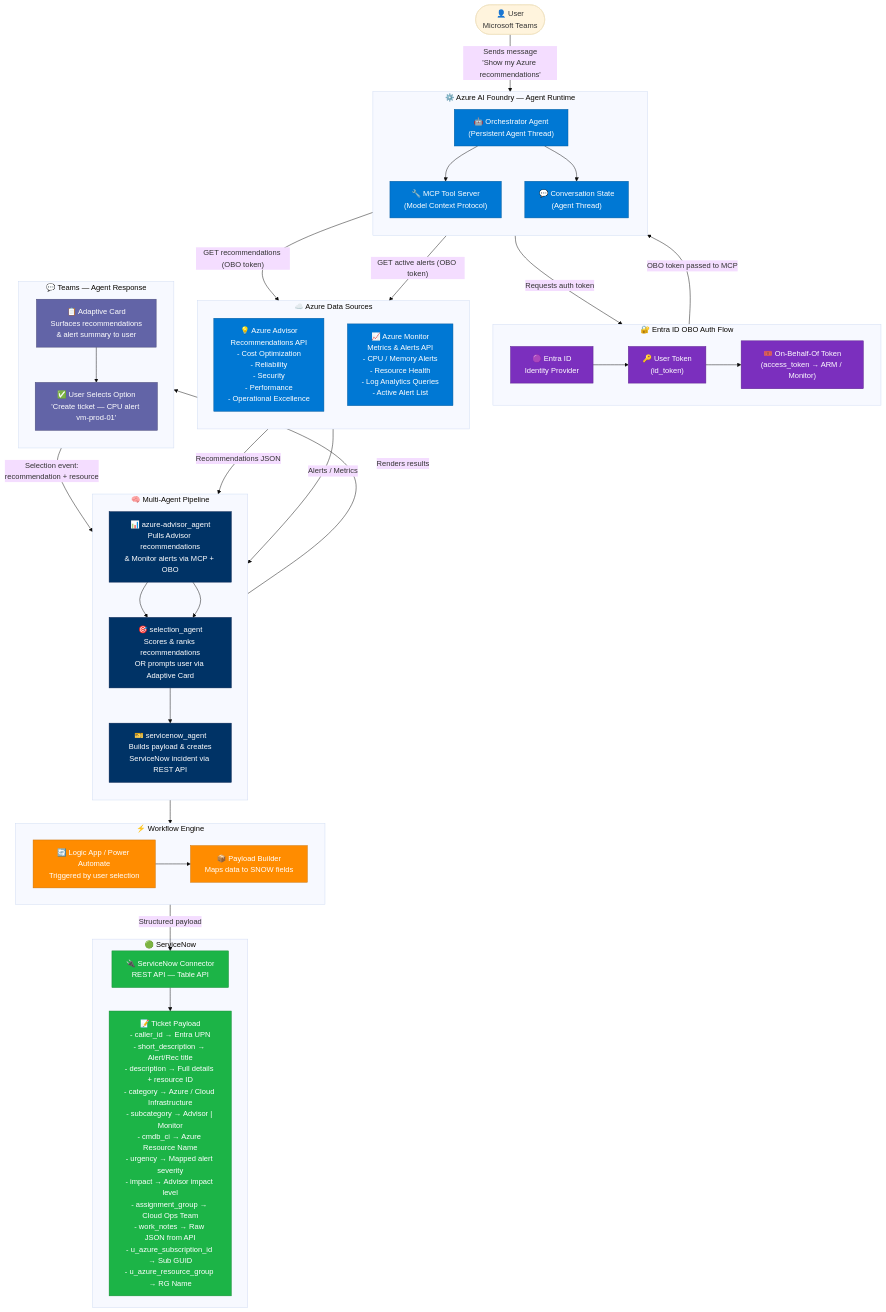
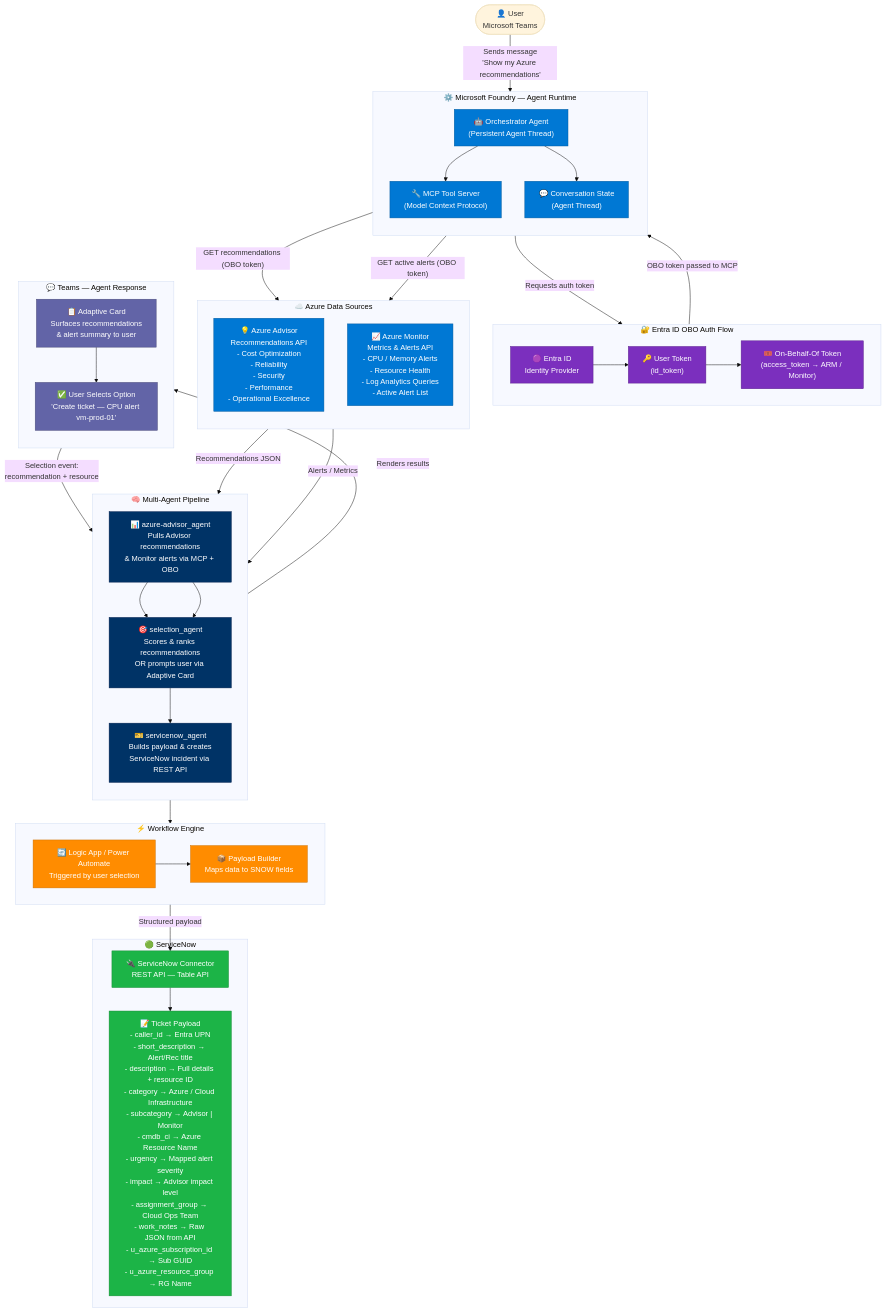
Before and after one commit to gcb-mc/azmcptest: the diagram in agents/README.md, drawn with Mermaid (base theme). The commit also changed other lines of this file, not shown here.

Commit message:
Update references from Azure AI Foundry to Microsoft Foundry

```diff
--- a/agents/README.md
+++ b/agents/README.md
@@ -49,8 +49,8 @@
         EntraID --> UserToken --> OBOToken
     end
 
-    %% AZURE AI FOUNDRY AGENT RUNTIME
-    subgraph FOUNDRY["⚙️ Azure AI Foundry — Agent Runtime"]
+    %% Microsoft FOUNDRY AGENT RUNTIME
+    subgraph FOUNDRY["⚙️ Microsoft Foundry — Agent Runtime"]
         direction TB
         Agent["🤖 Orchestrator Agent\n(Persistent Agent Thread)"]
         MCPTool["🔧 MCP Tool Server\n(Model Context Protocol)"]
```
